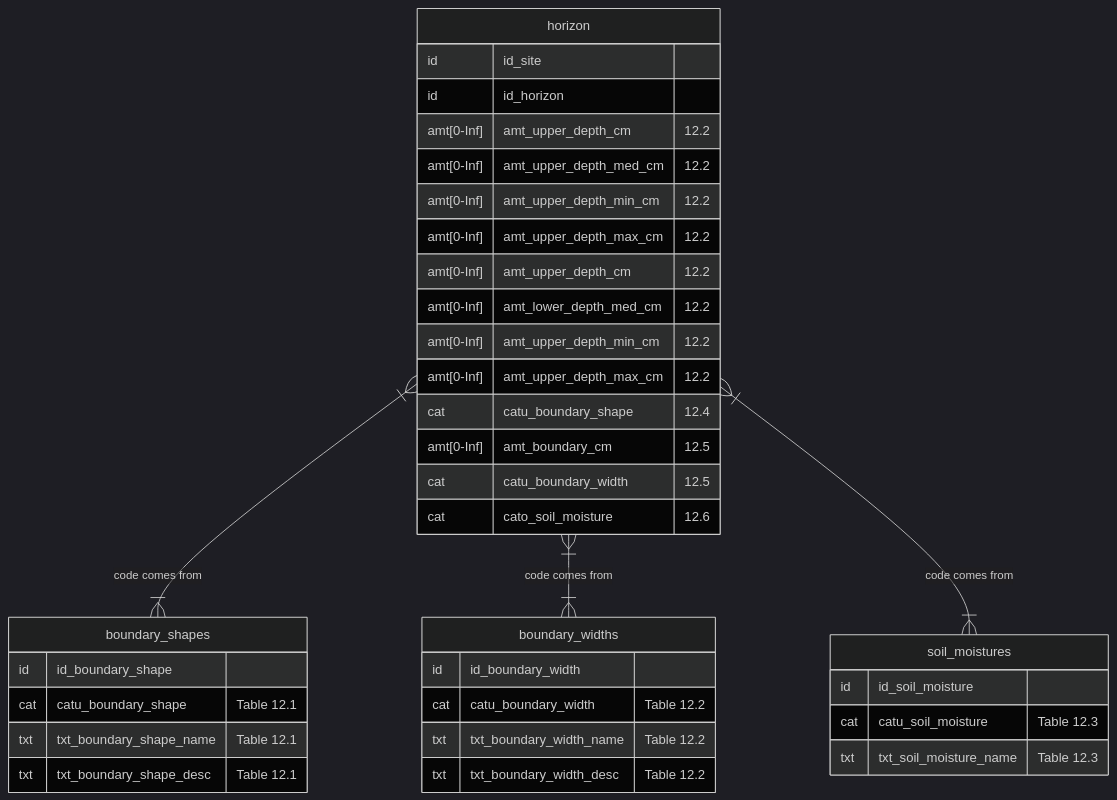
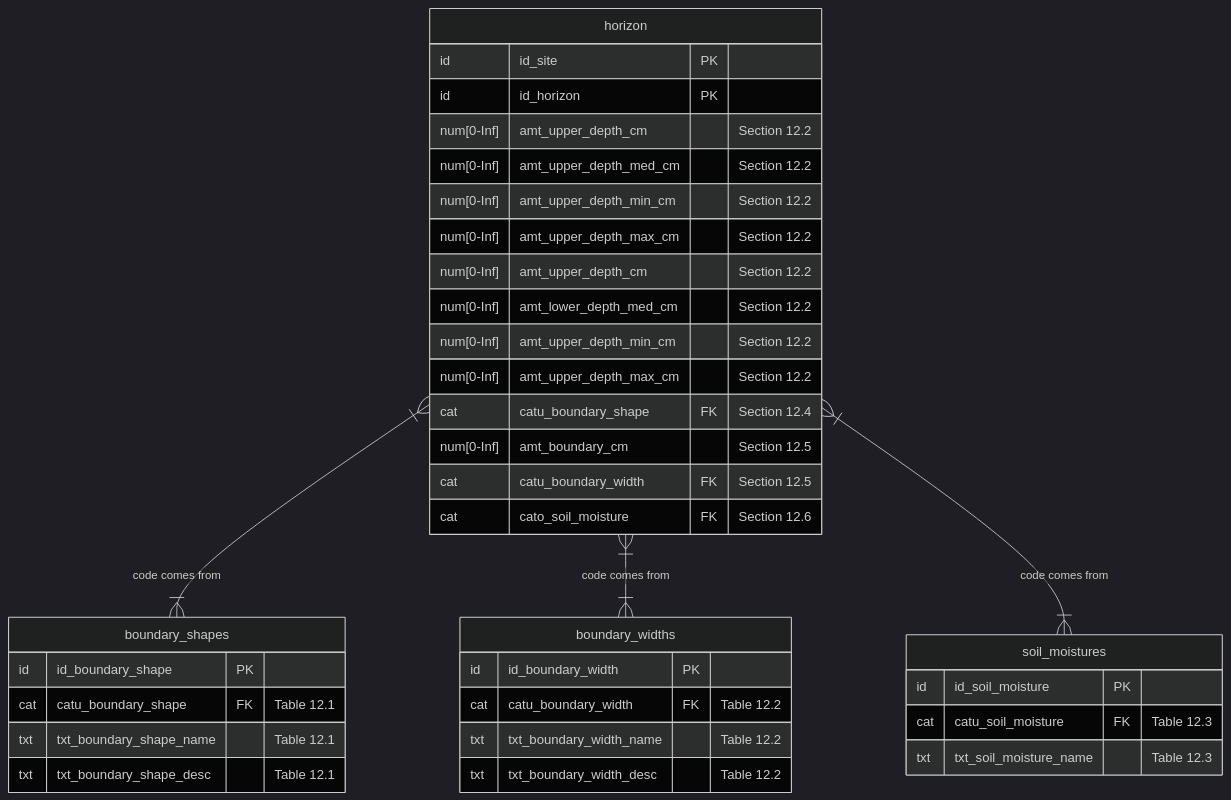
Before and after one commit to manaakiwhenua/NZ_soildesc_2024: the ninth of 25 diagrams in ap_03_database_design.qmd, drawn with Mermaid (dark theme). The commit also changed other lines of this file, not shown here.

````diff
--- a/ap_03_database_design.qmd
+++ b/ap_03_database_design.qmd
@@ -634,47 +644,47 @@
 ```{mermaid}
 %%| fig-cap: "Horizon - Details"
 
 %%{ init: { 'er': { 'layoutDirection': 'LR' } } }%%
 erDiagram
   horizon }|--|{ boundary_shapes : "code comes from"
   horizon }|--|{ boundary_widths : "code comes from"
   horizon }|--|{ soil_moistures : "code comes from"
   
   horizon {
-  id         id_site
-  id         id_horizon
-  amt[0-Inf] amt_upper_depth_cm      "12.2"
-  amt[0-Inf] amt_upper_depth_med_cm  "12.2"
-  amt[0-Inf] amt_upper_depth_min_cm  "12.2"
-  amt[0-Inf] amt_upper_depth_max_cm  "12.2"
-  amt[0-Inf] amt_upper_depth_cm      "12.2"
-  amt[0-Inf] amt_lower_depth_med_cm  "12.2"
-  amt[0-Inf] amt_upper_depth_min_cm  "12.2"
-  amt[0-Inf] amt_upper_depth_max_cm  "12.2"
-  cat        catu_boundary_shape     "12.4"
-  amt[0-Inf] amt_boundary_cm         "12.5"
-  cat        catu_boundary_width     "12.5" 
-  cat        cato_soil_moisture      "12.6"
+  id         id_site PK
+  id         id_horizon PK
+  num[0-Inf] amt_upper_depth_cm      "Section 12.2"
+  num[0-Inf] amt_upper_depth_med_cm  "Section 12.2"
+  num[0-Inf] amt_upper_depth_min_cm  "Section 12.2"
+  num[0-Inf] amt_upper_depth_max_cm  "Section 12.2"
+  num[0-Inf] amt_upper_depth_cm      "Section 12.2"
+  num[0-Inf] amt_lower_depth_med_cm  "Section 12.2"
+  num[0-Inf] amt_upper_depth_min_cm  "Section 12.2"
+  num[0-Inf] amt_upper_depth_max_cm  "Section 12.2"
+  cat        catu_boundary_shape FK  "Section 12.4"
+  num[0-Inf] amt_boundary_cm         "Section 12.5"
+  cat        catu_boundary_width FK  "Section 12.5" 
+  cat        cato_soil_moisture FK   "Section 12.6"
   }
   
   boundary_shapes {
-    id          id_boundary_shape
-    cat         catu_boundary_shape          "Table 12.1"
+    id          id_boundary_shape PK
+    cat         catu_boundary_shape FK       "Table 12.1"
     txt         txt_boundary_shape_name      "Table 12.1"
     txt         txt_boundary_shape_desc      "Table 12.1"
   }
  
   boundary_widths {
-    id          id_boundary_width
-    cat         catu_boundary_width          "Table 12.2"
+    id          id_boundary_width PK
+    cat         catu_boundary_width FK       "Table 12.2"
     txt         txt_boundary_width_name      "Table 12.2"
     txt         txt_boundary_width_desc      "Table 12.2"
   } 
   
   soil_moistures {
-    id          id_soil_moisture
-    cat         catu_soil_moisture          "Table 12.3"
+    id          id_soil_moisture PK
+    cat         catu_soil_moisture FK       "Table 12.3"
     txt         txt_soil_moisture_name      "Table 12.3"
   }
   
 ```
````
